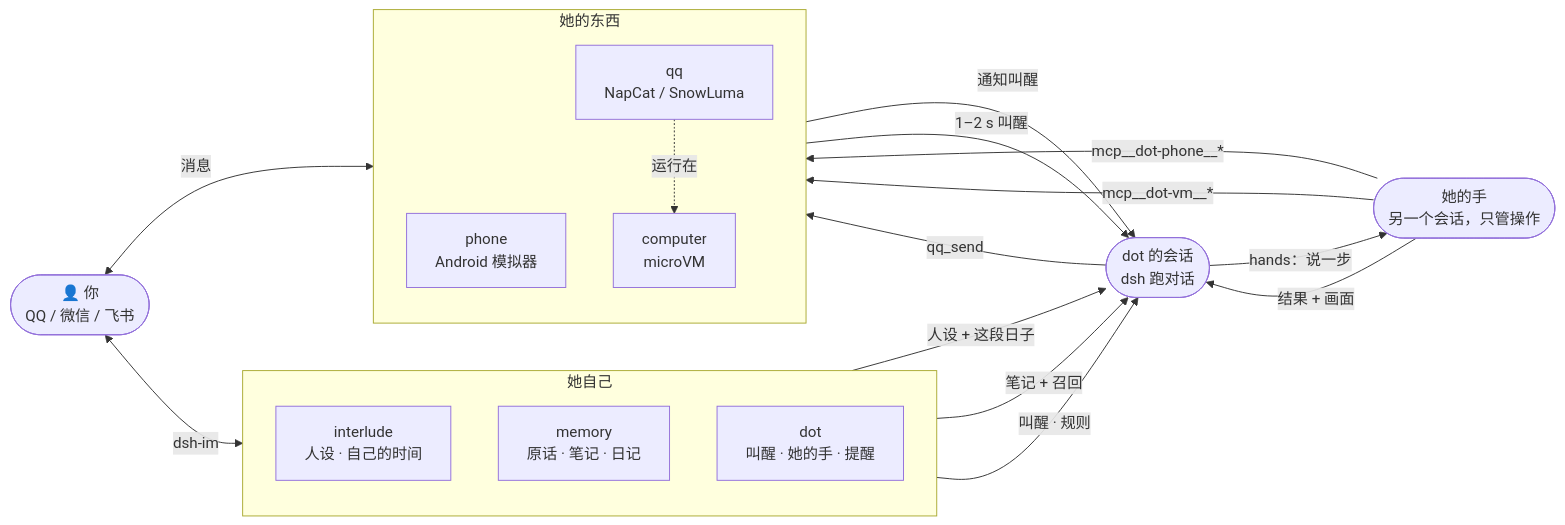
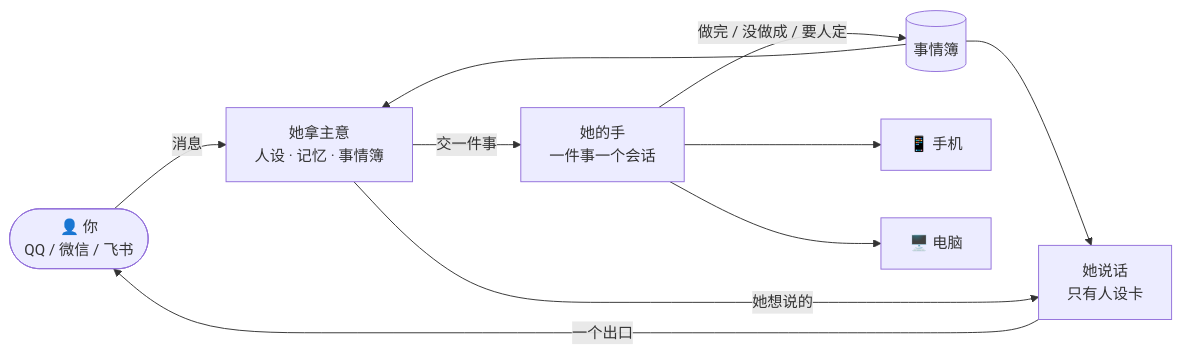
Before and after one commit to zqf20096327/ai_collect: the diagram in data/readmes/Kevinwu901113__dsh-dot.md, drawn with Mermaid. The commit also changed other lines of this file and 1623 other files, not shown here.

````diff
--- a/data/readmes/Kevinwu901113__dsh-dot.md
+++ b/data/readmes/Kevinwu901113__dsh-dot.md
@@ -185,32 +224,19 @@
 ```mermaid
 flowchart LR
     you(["👤 你<br/>QQ / 微信 / 飞书"])
-    subgraph self["她自己"]
-        direction TB
-        interlude["interlude<br/>人设 · 自己的时间"]
-        memory["memory<br/>原话 · 笔记 · 日记"]
-        contact["dot<br/>叫醒 · 她的手 · 提醒"]
-    end
-    session(["dot 的会话<br/>dsh 跑对话"])
-    subgraph things["她的东西"]
-        direction TB
-        phone["phone<br/>Android 模拟器"]
-        computer["computer<br/>microVM"]
-        qq["qq<br/>NapCat / SnowLuma"]
-    end
+    decide["她拿主意<br/>人设 · 记忆 · 事情簿"]
+    hands["她的手<br/>一件事一个会话"]
+    voice["她说话<br/>只有人设卡"]
+    book[("事情簿")]
+    phone["📱 手机"]
+    computer["🖥️ 电脑"]
 
-    you <-->|消息| qq
-    you <-->|dsh-im| contact
-    interlude -->|人设 + 这段日子| session
-    memory -->|笔记 + 召回| session
-    contact -->|叫醒 · 规则| session
-    hands(["她的手<br/>另一个会话，只管操作"])
-    session -->|hands：说一步| hands
-    hands -->|结果 + 画面| session
-    hands -->|mcp__dot-phone__*| phone
-    hands -->|mcp__dot-vm__*| computer
-    session -->|qq_send| qq
-    phone -->|通知叫醒| session
-    qq -->|1–2 s 叫醒| session
-    qq -.运行在.-> computer
+    you -->|消息| decide
+    decide -->|交一件事| hands
+    hands --> phone & computer
+    hands -->|做完 / 没做成 / 要人定| book
+    book --> decide
+    book --> voice
+    decide -->|她想说的| voice
+    voice -->|一个出口| you
 ```
````
